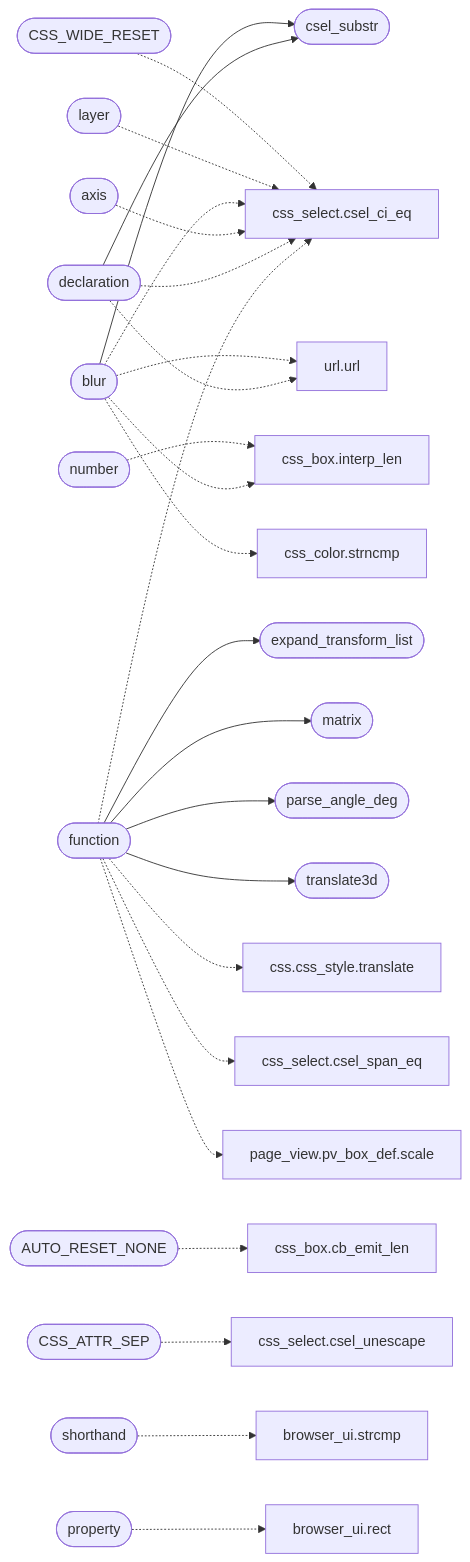
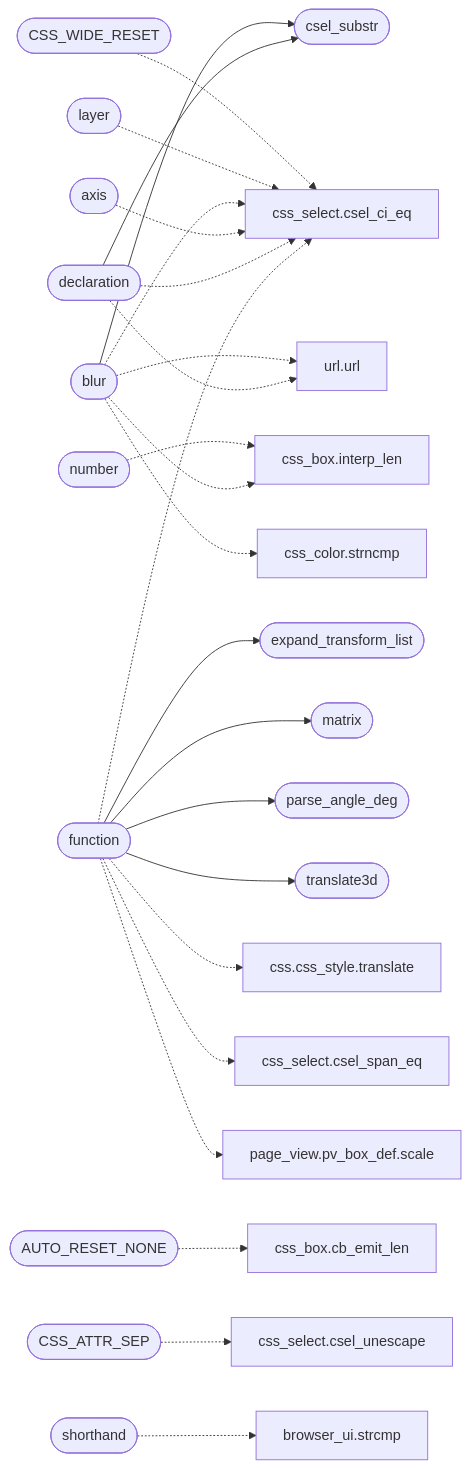
Before and after one commit to grisuno/FreeDom: the second of 2 diagrams in readmenator-apidocs/modules/src.css.c.md, drawn with Mermaid. The commit also changed other lines of this file and 134 other files, not shown here.

````diff
--- a/readmenator-apidocs/modules/src.css.c.md
+++ b/readmenator-apidocs/modules/src.css.c.md
@@ -39,54 +39,51 @@
 ```mermaid
 flowchart LR
     n_src_css_c__blur(["blur"])
     n_src_css_c__csel_substr(["csel_substr"])
     n_src_css_c__declaration(["declaration"])
     n_src_css_c__function(["function"])
     n_src_css_c__expand_transform_list(["expand_transform_list"])
     n_src_css_c__matrix(["matrix"])
     n_src_css_c__parse_angle_deg(["parse_angle_deg"])
     n_src_css_c__translate3d(["translate3d"])
     n_src_css_c__CSS_WIDE_RESET(["CSS_WIDE_RESET"])
     n_include_css_select_h__csel_ci_eq["css_select.csel_ci_eq"]
     n_src_css_c__AUTO_RESET_NONE(["AUTO_RESET_NONE"])
     n_include_css_box_h__cb_emit_len["css_box.cb_emit_len"]
     n_src_css_c__number(["number"])
     n_src_css_box_c__interp_len["css_box.interp_len"]
     n_src_css_c__layer(["layer"])
     n_include_url_h__url["url.url"]
     n_src_css_color_c__strncmp["css_color.strncmp"]
     n_src_css_c__axis(["axis"])
     n_src_css_c__CSS_ATTR_SEP(["CSS_ATTR_SEP"])
     n_include_css_select_h__csel_unescape["css_select.csel_unescape"]
     n_include_css_h__css_style_translate["css.css_style.translate"]
     n_include_css_select_h__csel_span_eq["css_select.csel_span_eq"]
     n_include_page_view_h__pv_box_def_scale["page_view.pv_box_def.scale"]
     n_src_css_c__shorthand(["shorthand"])
     n_gui_browser_ui_c__strcmp["browser_ui.strcmp"]
-    n_src_css_c__property(["property"])
-    n_gui_browser_ui_c__rect["browser_ui.rect"]
     n_src_css_c__blur --> n_src_css_c__csel_substr
     n_src_css_c__declaration --> n_src_css_c__csel_substr
     n_src_css_c__function --> n_src_css_c__expand_transform_list
     n_src_css_c__function --> n_src_css_c__matrix
     n_src_css_c__function --> n_src_css_c__parse_angle_deg
     n_src_css_c__function --> n_src_css_c__translate3d
     n_src_css_c__CSS_WIDE_RESET -.-> n_include_css_select_h__csel_ci_eq
     n_src_css_c__AUTO_RESET_NONE -.-> n_include_css_box_h__cb_emit_len
     n_src_css_c__number -.-> n_src_css_box_c__interp_len
     n_src_css_c__layer -.-> n_include_css_select_h__csel_ci_eq
     n_src_css_c__blur -.-> n_include_css_select_h__csel_ci_eq
     n_src_css_c__blur -.-> n_include_url_h__url
     n_src_css_c__blur -.-> n_src_css_box_c__interp_len
     n_src_css_c__blur -.-> n_src_css_color_c__strncmp
     n_src_css_c__axis -.-> n_include_css_select_h__csel_ci_eq
     n_src_css_c__CSS_ATTR_SEP -.-> n_include_css_select_h__csel_unescape
     n_src_css_c__declaration -.-> n_include_css_select_h__csel_ci_eq
     n_src_css_c__declaration -.-> n_include_url_h__url
     n_src_css_c__function -.-> n_include_css_h__css_style_translate
     n_src_css_c__function -.-> n_include_css_select_h__csel_ci_eq
     n_src_css_c__function -.-> n_include_css_select_h__csel_span_eq
     n_src_css_c__function -.-> n_include_page_view_h__pv_box_def_scale
     n_src_css_c__shorthand -.-> n_gui_browser_ui_c__strcmp
-    n_src_css_c__property -.-> n_gui_browser_ui_c__rect
 ```
````
